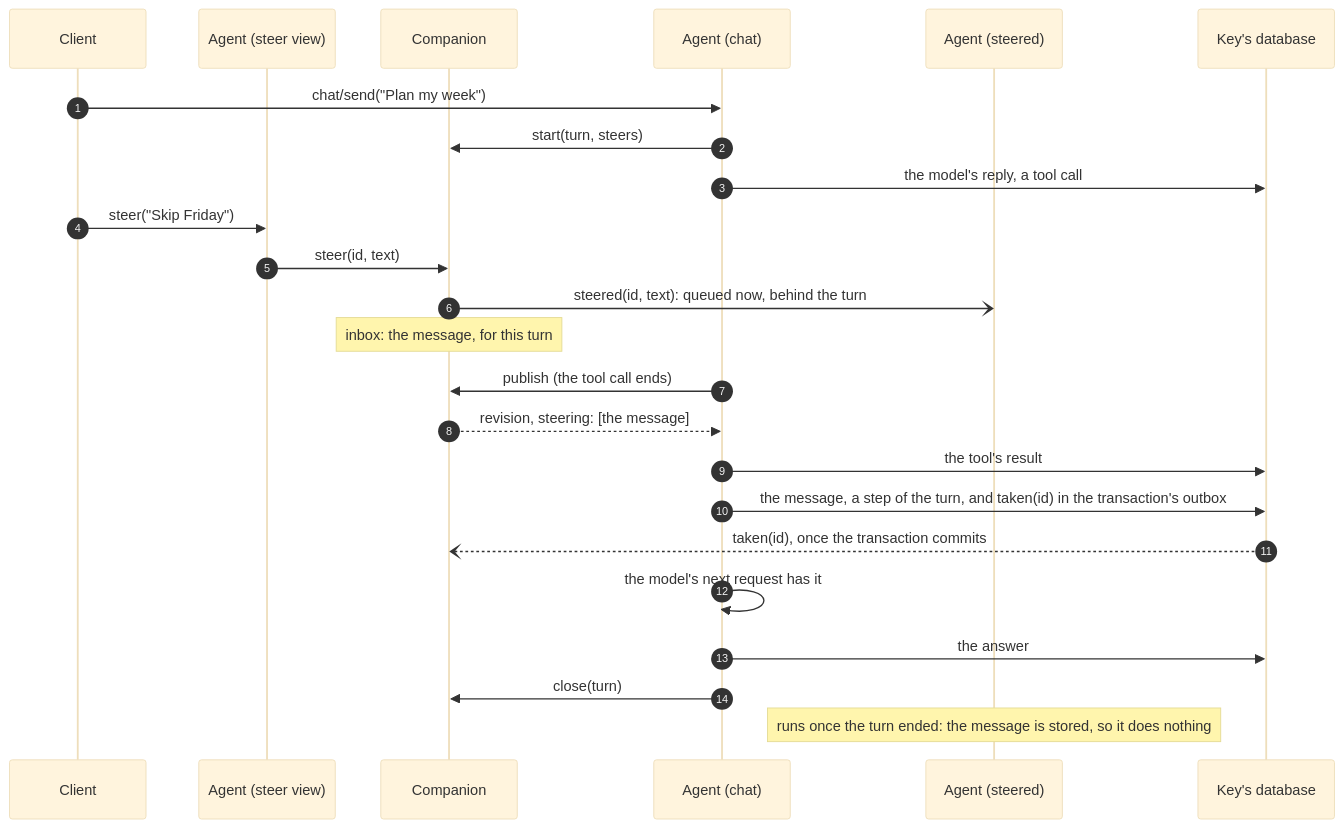
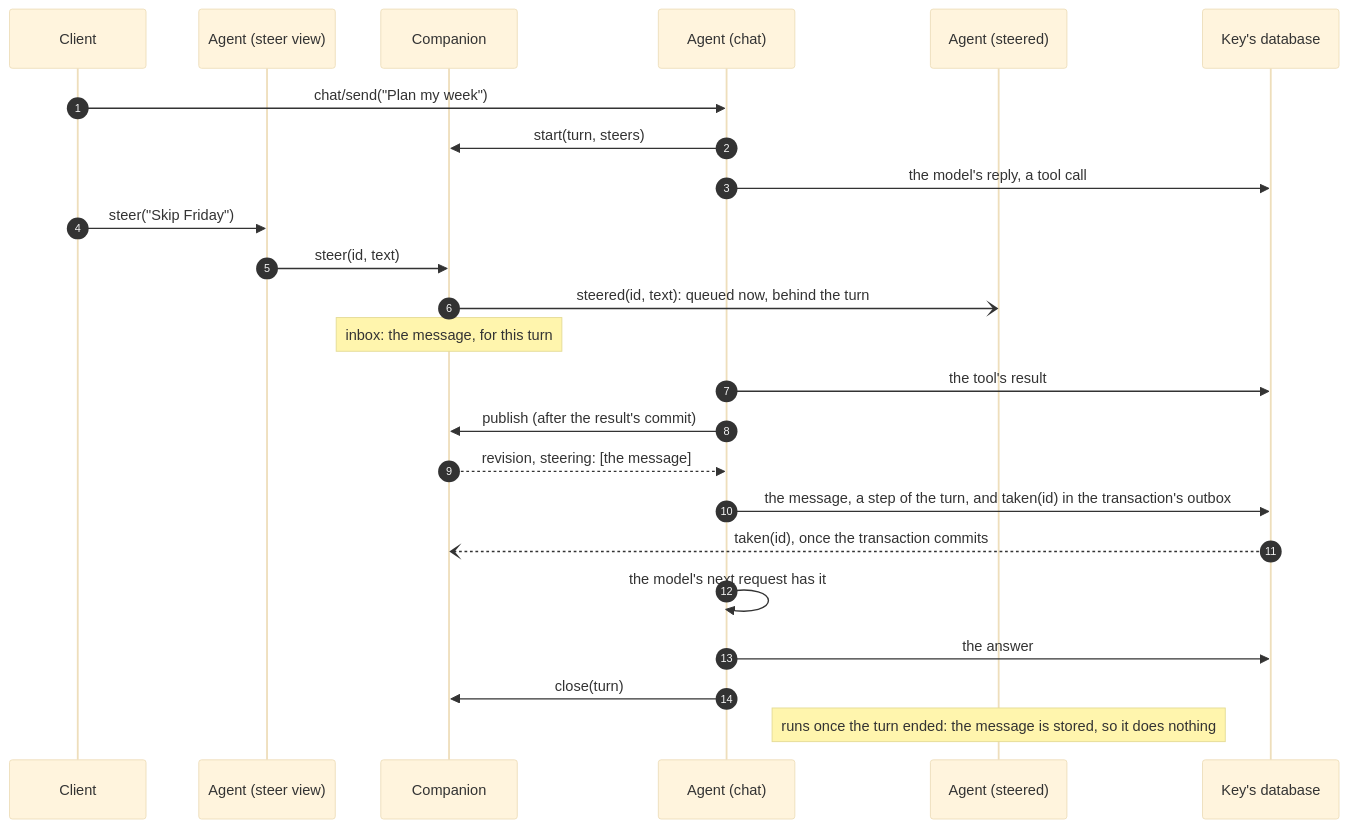
The seventh of 9 diagrams in docs/agents/turns.md (restatedev/sdk-python), drawn with Mermaid (base theme) before and after one commit. The commit also changed other lines of this file and 29 other files, not shown here.

````diff
--- a/docs/agents/turns.md
+++ b/docs/agents/turns.md
@@ -437,26 +444,26 @@
 ```mermaid
 sequenceDiagram
   autonumber
   participant C as Client
   participant V as Agent (steer view)
   participant S as Companion
   participant A as Agent (chat)
   participant P as Agent (steered)
   participant DB as Key's database
   C->>A: chat/send("Plan my week")
   A->>S: start(turn, steers)
   A->>DB: the model's reply, a tool call
   C->>V: steer("Skip Friday")
   V->>S: steer(id, text)
   S-)P: steered(id, text): queued now, behind the turn
   Note over S: inbox: the message, for this turn
-  A->>S: publish (the tool call ends)
+  A->>DB: the tool's result
+  A->>S: publish (after the result's commit)
   S-->>A: revision, steering: [the message]
-  A->>DB: the tool's result
   A->>DB: the message, a step of the turn, and taken(id) in the transaction's outbox
   DB--)S: taken(id), once the transaction commits
   A->>A: the model's next request has it
   A->>DB: the answer
   A->>S: close(turn)
   Note over P: runs once the turn ended: the message is stored, so it does nothing
 ```
````
